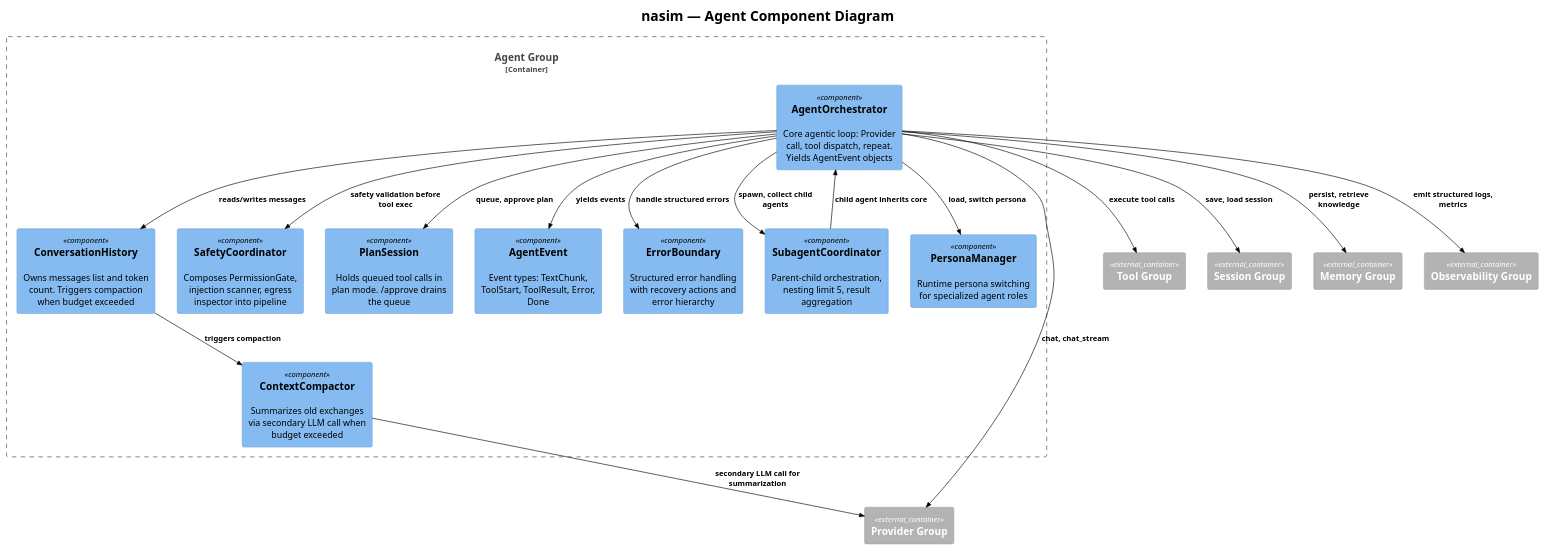
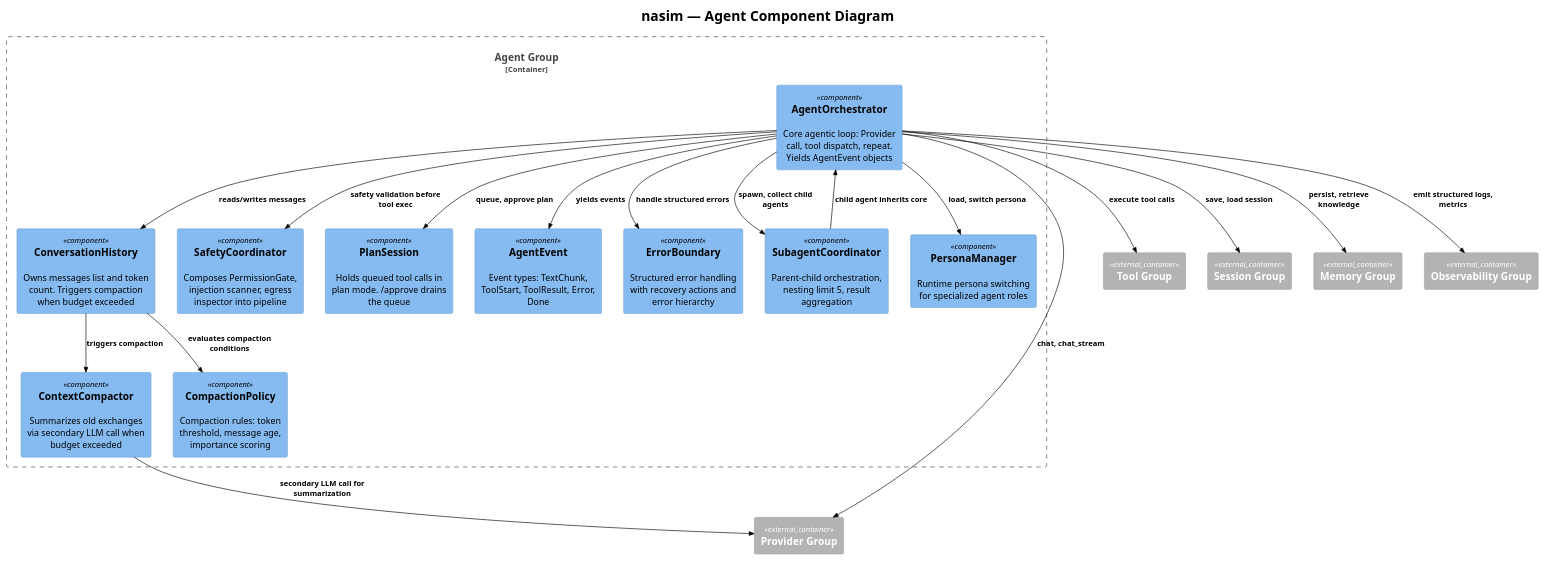
The diagram in docs/C4/c4_nasim_component_agent.puml (salimnamvar/nasim), drawn with PlantUML before and after one commit. The commit also changed 8 other files, not shown here.

Commit message:
docs: Update C4 diagrams and README to reflect recent architectural changes and enhancements

```diff
--- a/docs/C4/c4_nasim_component_agent.puml
+++ b/docs/C4/c4_nasim_component_agent.puml
@@ -1,51 +1,53 @@
 !include https://raw.githubusercontent.com/plantuml-stdlib/C4-PlantUML/v2.10.0/C4_Component.puml
 !theme plain
 
 
 ' ============================================================
 ' Title:     nasim — Agent Component Diagram
 ' Boundary:  nasim core library — Agent group
 ' Purpose:   Agent layer internal components
 ' Milestone: v1.0
 ' Version:   6.0.0
 ' Source:    docs/prompt/p1.md — corrective architecture review
 ' Review:    docs/audit/audit.2026.06.20.comprehensive.reference.audit.md
 ' ============================================================
 
 title nasim — Agent Component Diagram
 
 Container_Boundary(agent_boundary, "Agent Group") {
     Component(agent_orch, "AgentOrchestrator", "", "Core agentic loop: Provider call, tool dispatch, repeat. Yields AgentEvent objects")
     Component(conv_history, "ConversationHistory", "", "Owns messages list and token count. Triggers compaction when budget exceeded")
     Component(compactor, "ContextCompactor", "", "Summarizes old exchanges via secondary LLM call when budget exceeded")
     Component(safety_coord, "SafetyCoordinator", "", "Composes PermissionGate, injection scanner, egress inspector into pipeline")
     Component(plan_session, "PlanSession", "", "Holds queued tool calls in plan mode. /approve drains the queue")
     Component(agent_events, "AgentEvent", "", "Event types: TextChunk, ToolStart, ToolResult, Error, Done")
     Component(subagent_coord, "SubagentCoordinator", "", "Parent-child orchestration, nesting limit 5, result aggregation")
     Component(error_boundary, "ErrorBoundary", "", "Structured error handling with recovery actions and error hierarchy")
     Component(persona_mgr, "PersonaManager", "", "Runtime persona switching for specialized agent roles")
+    Component(compaction_policy, "CompactionPolicy", "", "Compaction rules: token threshold, message age, importance scoring")
 }
 
 Container_Ext(provider_boundary, "Provider Group")
 Container_Ext(tool_boundary, "Tool Group")
 Container_Ext(session_boundary, "Session Group")
 Container_Ext(memory_boundary, "Memory Group")
 Container_Ext(observability_group, "Observability Group")
 
 Rel(agent_orch, provider_boundary, "chat, chat_stream")
 Rel(agent_orch, tool_boundary, "execute tool calls")
 Rel(agent_orch, conv_history, "reads/writes messages")
 Rel(agent_orch, safety_coord, "safety validation before tool exec")
 Rel(agent_orch, agent_events, "yields events")
 Rel(agent_orch, subagent_coord, "spawn, collect child agents")
 Rel(agent_orch, error_boundary, "handle structured errors")
 Rel(agent_orch, persona_mgr, "load, switch persona")
 Rel(agent_orch, memory_boundary, "persist, retrieve knowledge")
 Rel(agent_orch, session_boundary, "save, load session")
 Rel(agent_orch, observability_group, "emit structured logs, metrics")
 Rel(agent_orch, plan_session, "queue, approve plan")
 Rel(conv_history, compactor, "triggers compaction")
+Rel(conv_history, compaction_policy, "evaluates compaction conditions")
 Rel(compactor, provider_boundary, "secondary LLM call for summarization")
 Rel(subagent_coord, agent_orch, "child agent inherits core")
 
 @enduml
```
